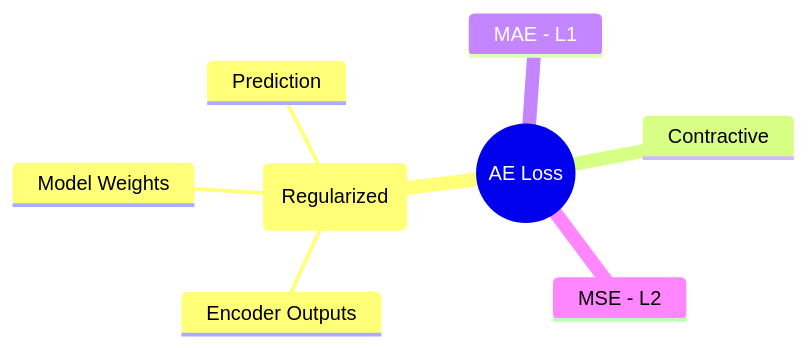
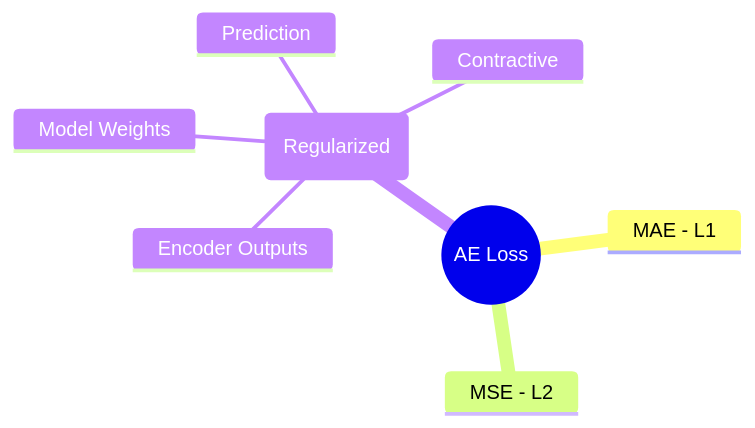
Before and after one commit to matejfric/in-vehicle-driver-state-analysis: the third of 3 diagrams in README.md, drawn with Mermaid. The commit also changed other lines of this file, not shown here.

Commit message:
update mindmaps

````diff
--- a/README.md
+++ b/README.md
@@ -50,11 +56,11 @@
 ```mermaid
 mindmap
     root(("`AE Loss`"))
+        MAE - L1
+        MSE - L2
         (Regularized)
             Encoder Outputs
             Model Weights
             Prediction
-        Contractive
-        MAE - L1
-        MSE - L2
+            Contractive
 ```
````
